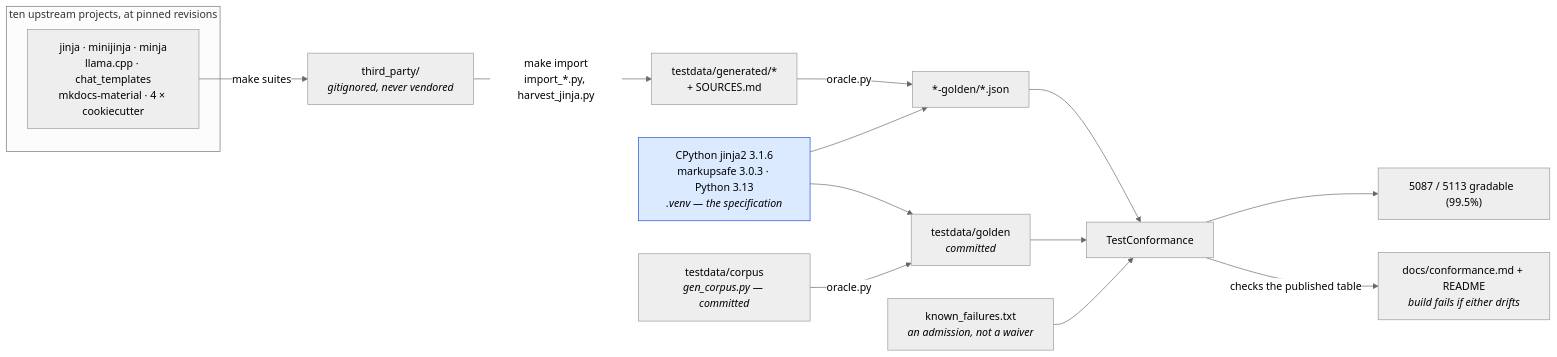
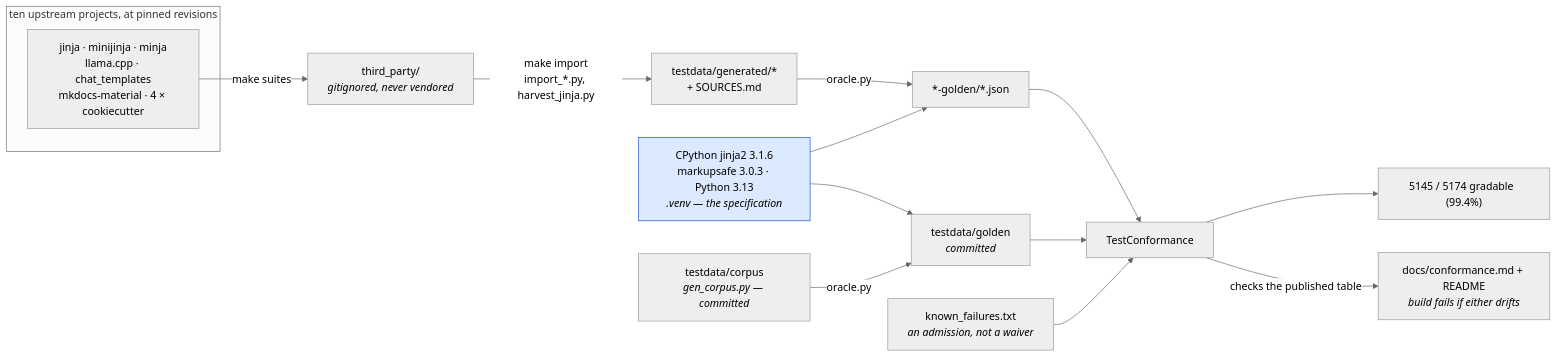
Before and after one commit to mgilbir/gojja2: the first of 2 diagrams in docs/conformance.md, drawn with Mermaid (neutral theme). The commit also changed other lines of this file and 205 other files, not shown here.

````diff
--- a/docs/conformance.md
+++ b/docs/conformance.md
@@ -17,24 +17,24 @@
 ```mermaid
 flowchart LR
     subgraph up["ten upstream projects, at pinned revisions"]
         U1["jinja · minijinja · minja<br/>llama.cpp · chat_templates<br/>mkdocs-material · 4 × cookiecutter"]
     end
     U1 -->|"make suites"| TP["third_party/<br/><i>gitignored, never vendored</i>"]
     TP -->|"make import<br/>import_*.py, harvest_jinja.py"| GEN["testdata/generated/*<br/>+ SOURCES.md"]
 
     ORA["CPython jinja2 3.1.6<br/>markupsafe 3.0.3 · Python 3.13<br/><i>.venv — the specification</i>"]
     GEN -->|"oracle.py"| G2["*-golden/*.json"]
     ORA --> G2
 
     OWN["testdata/corpus<br/><i>gen_corpus.py — committed</i>"] -->|"oracle.py"| G1["testdata/golden<br/><i>committed</i>"]
     ORA --> G1
 
     G1 --> TC["TestConformance"]
     G2 --> TC
     KF["known_failures.txt<br/><i>an admission, not a waiver</i>"] --> TC
-    TC --> RATE["5087 / 5113 gradable  (99.5%)"]
+    TC --> RATE["5145 / 5174 gradable  (99.4%)"]
     TC -->|"checks the published table"| RM["docs/conformance.md + README<br/><i>build fails if either drifts</i>"]
 
     classDef spec fill:#dbeafe,stroke:#1d4ed8,color:#000
     class ORA spec
 ```
````
